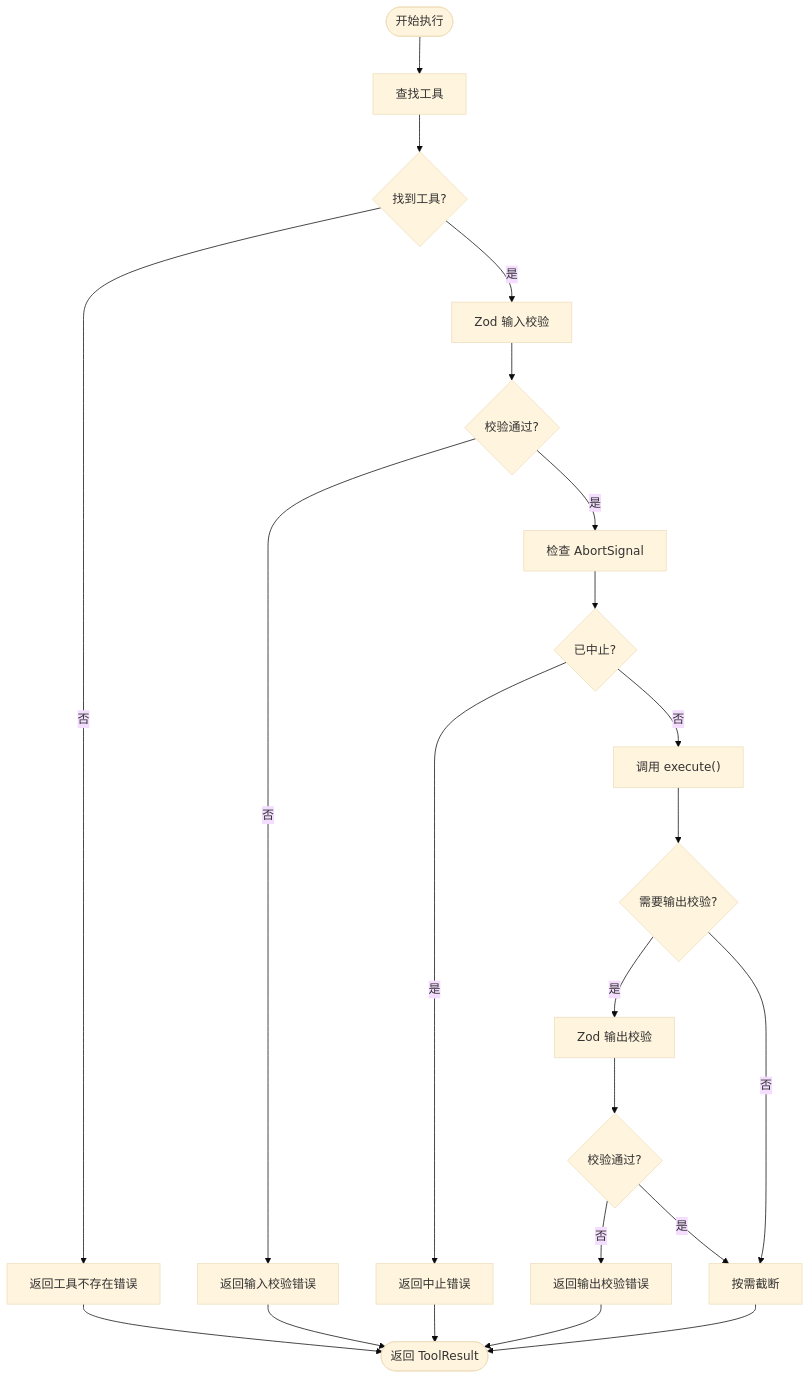
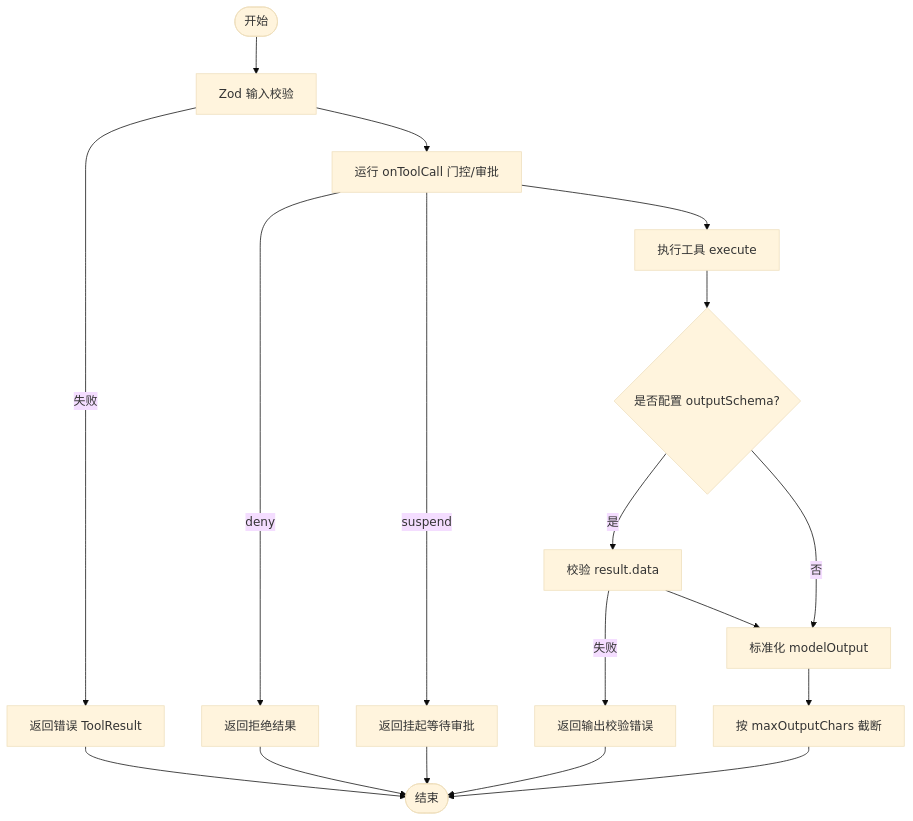
The fourth of 6 diagrams in .qoder/repowiki/zh/content/工具系统/工具系统.md (haolange/open-multi-agent), drawn with Mermaid (base theme) before and after one commit. The commit also changed other lines of this file and 293 other files, not shown here.

````diff
--- a/.qoder/repowiki/zh/content/工具系统/工具系统.md
+++ b/.qoder/repowiki/zh/content/工具系统/工具系统.md
@@ -216,24 +180,20 @@
 ```mermaid
 flowchart TD
-Start(["开始执行"]) --> Lookup["查找工具"]
-Lookup --> Found{"找到工具?"}
-Found -- 否 --> ErrTool["返回工具不存在错误"]
-Found -- 是 --> Parse["Zod 输入校验"]
-Parse --> Valid{"校验通过?"}
-Valid -- 否 --> ErrInput["返回输入校验错误"]
-Valid -- 是 --> AbortCheck["检查 AbortSignal"]
-AbortCheck --> Aborted{"已中止?"}
-Aborted -- 是 --> ErrAbort["返回中止错误"]
-Aborted -- 否 --> Exec["调用 execute()"]
-Exec --> OutputCheck{"需要输出校验?"}
-OutputCheck -- 是 --> ValidateOut["Zod 输出校验"]
-ValidateOut --> OutOK{"校验通过?"}
-OutOK -- 否 --> ErrOutput["返回输出校验错误"]
-OutOK -- 是 --> Truncate["按需截断"]
-OutputCheck -- 否 --> Truncate
-Truncate --> Done(["返回 ToolResult"])
-ErrTool --> Done
-ErrInput --> Done
-ErrAbort --> Done
-ErrOutput --> Done
+Start(["开始"]) --> Parse["Zod 输入校验"]
+Parse --> |失败| ErrInput["返回错误 ToolResult"]
+Parse --> Gate["运行 onToolCall 门控/审批"]
+Gate --> |deny| ErrDeny["返回拒绝结果"]
+Gate --> |suspend| ErrSuspend["返回挂起等待审批"]
+Gate --> Exec["执行工具 execute"]
+Exec --> OutCheck{"是否配置 outputSchema?"}
+OutCheck --> |是| ValidateOut["校验 result.data"]
+OutCheck --> |否| Normalize["标准化 modelOutput"]
+ValidateOut --> |失败| ErrOut["返回输出校验错误"]
+ValidateOut --> Normalize
+Normalize --> Trunc["按 maxOutputChars 截断"]
+Trunc --> End(["结束"])
+ErrInput --> End
+ErrDeny --> End
+ErrSuspend --> End
+ErrOut --> End
 ```
````
